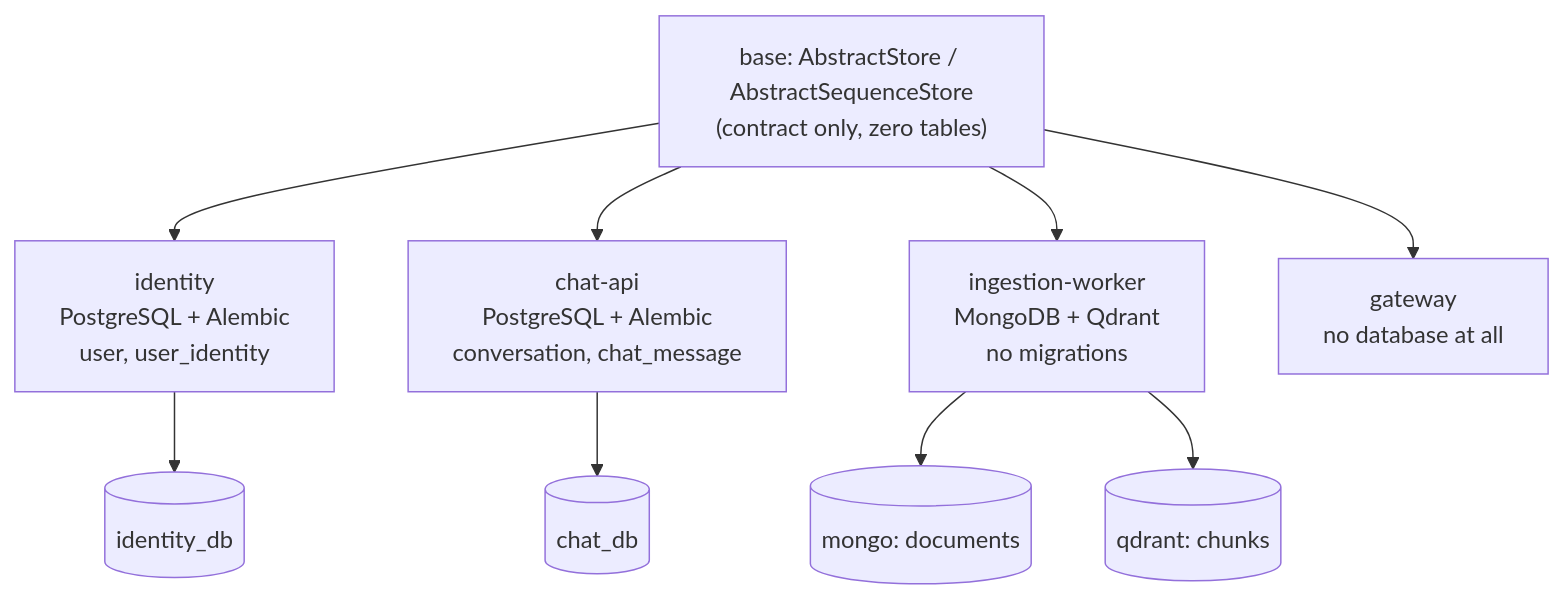
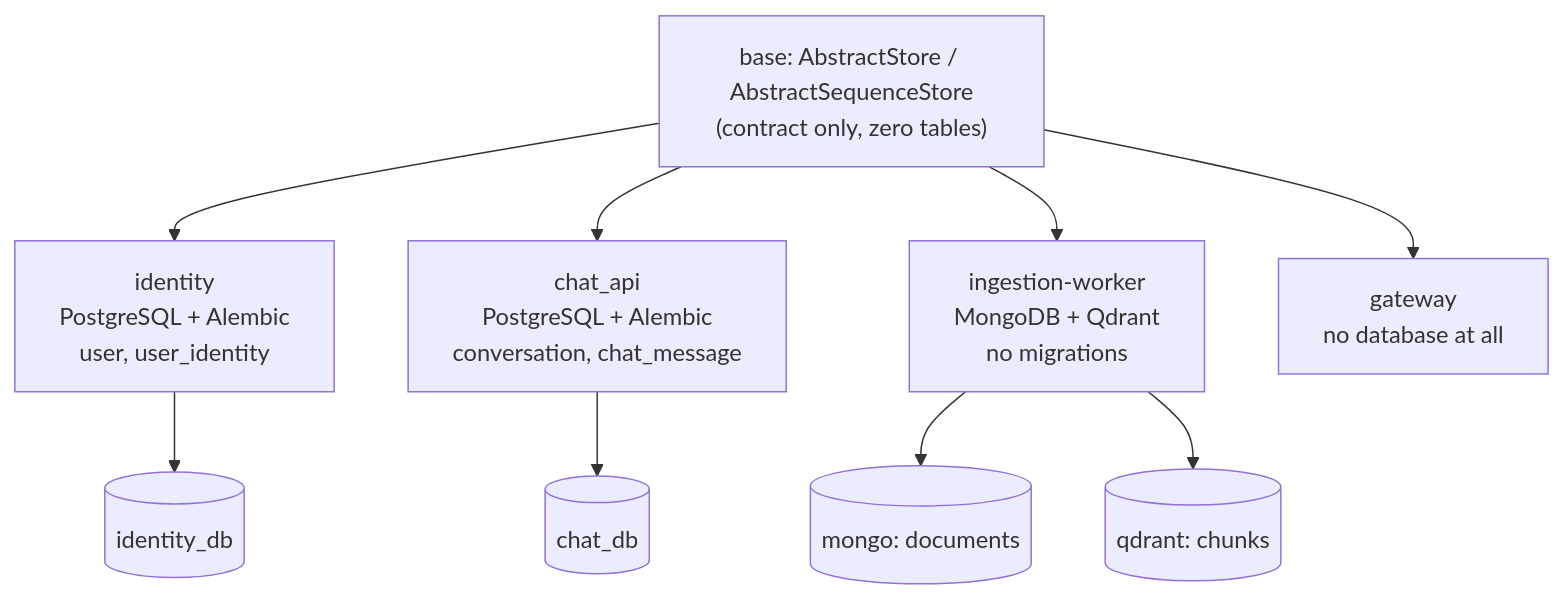
Before and after one commit to amrraedamr/opinionated-genai-microservices-starter: the diagram in docs/architecture/03-data-ownership.md, drawn with Mermaid. The commit also changed other lines of this file and 57 other files, not shown here.

````diff
--- a/docs/architecture/03-data-ownership.md
+++ b/docs/architecture/03-data-ownership.md
@@ -134,14 +134,14 @@
 ```mermaid
 graph TD
     A["base: AbstractStore / AbstractSequenceStore<br/>(contract only, zero tables)"]
 
     A --> I["identity<br/>PostgreSQL + Alembic<br/>user, user_identity"]
-    A --> C["chat-api<br/>PostgreSQL + Alembic<br/>conversation, chat_message"]
+    A --> C["chat_api<br/>PostgreSQL + Alembic<br/>conversation, chat_message"]
     A --> W["ingestion-worker<br/>MongoDB + Qdrant<br/>no migrations"]
     A --> G["gateway<br/>no database at all"]
 
     I --> I1[("identity_db")]
     C --> C1[("chat_db")]
     W --> W1[("mongo: documents")]
     W --> W2[("qdrant: chunks")]
 ```
````
